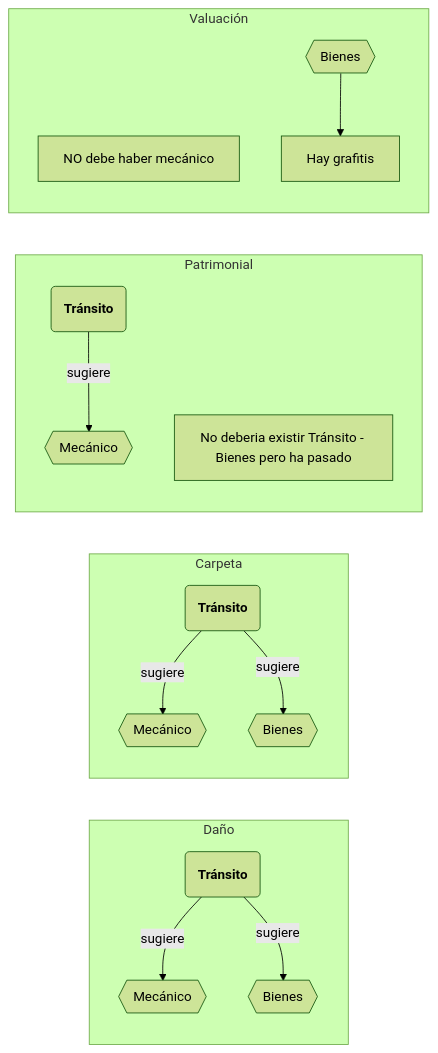
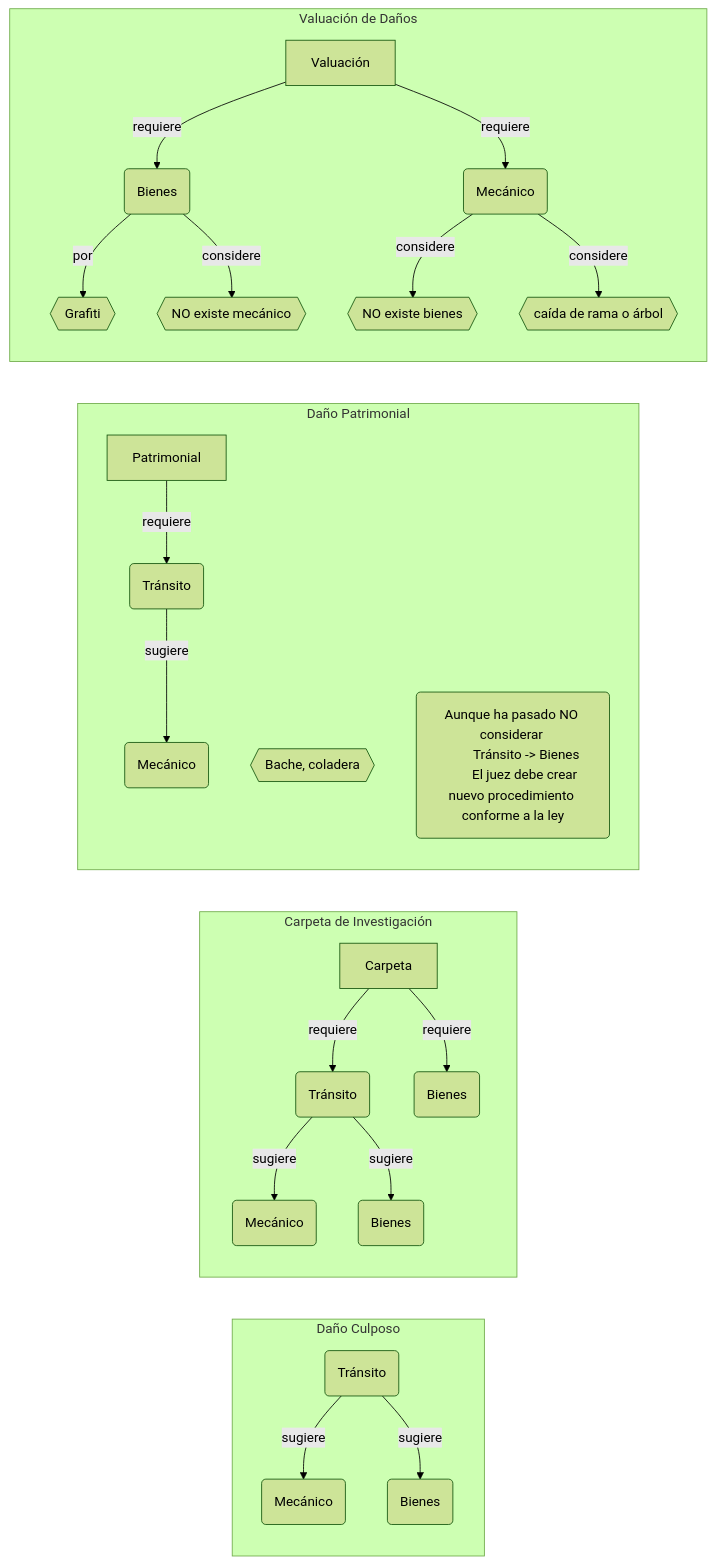
One commit to CMXCSP/SiCoIn-documentation changed the diagram in logica/analisis.md. Above: the diagram before and after it, drawn with Mermaid (forest theme). The commit also changed other lines of this file and 1 other file, not shown here.

Commit message:
discusion sobre el diseño

````diff
--- a/logica/analisis.md
+++ b/logica/analisis.md
@@ -22,28 +31,37 @@
 ```mermaid
 flowchart LR
 
-subgraph Daño 
+subgraph Daño Culposo
 direction TB
-    dt("`**Tránsito**`") -- "sugiere" --> dm{{"`Mecánico`"}}
-    dt("`**Tránsito**`") -- "sugiere" --> db{{"`Bienes`"}}
+    dt("Tránsito") -- sugiere --> dm("Mecánico")
+    dt("Tránsito") -- sugiere --> db("Bienes")
 end
 
-subgraph Carpeta 
+subgraph Carpeta de Investigación 
 direction TB
-    ct("`**Tránsito**`") -- "sugiere" --> cm{{"`Mecánico`"}}
-    ct("`**Tránsito**`") -- "sugiere" --> cb{{"`Bienes`"}}
+    Carpeta --requiere-->
+    ct("Tránsito") -- sugiere --> cm("Mecánico")
+    ct("Tránsito") -- "sugiere" --> cb("Bienes")
+    Carpeta --requiere--> cob("Bienes")
 end
 
-subgraph Patrimonial 
+subgraph Daño Patrimonial 
 direction TB
-    pt("`**Tránsito**`") -- "sugiere" --> pm{{"`Mecánico`"}}
-    ptb["No deberia existir Tránsito - Bienes pero ha pasado"]
+    Patrimonial --requiere--> pt("Tránsito") -- sugiere --> pm("Mecánico")
+    bc{{"Bache, coladera"}}
+    ptb("Aunque ha pasado NO considerar 
+        Tránsito -> Bienes
+        El juez debe crear nuevo procedimiento conforme a la ley") 
 end
 
-subgraph Valuación 
+subgraph Valuación de Daños
 direction TB
-    vm["NO debe haber mecánico"]
-    vb{{"`Bienes`"}} --> vg["Hay grafitis"]
+    Valuación --requiere--> vb("Bienes") --por--> vg{{"Grafiti"}}
+    vb("Bienes") --considere--> vbm{{"NO existe mecánico"}}
+
+    Valuación --requiere--> vm("Mecánico")
+    vm("Mecánico") --considere--> vnb{{"NO existe bienes"}}
+    vm("Mecánico") --considere--> vcr{{"caída de rama o árbol"}}
 end
 
 ```
````
